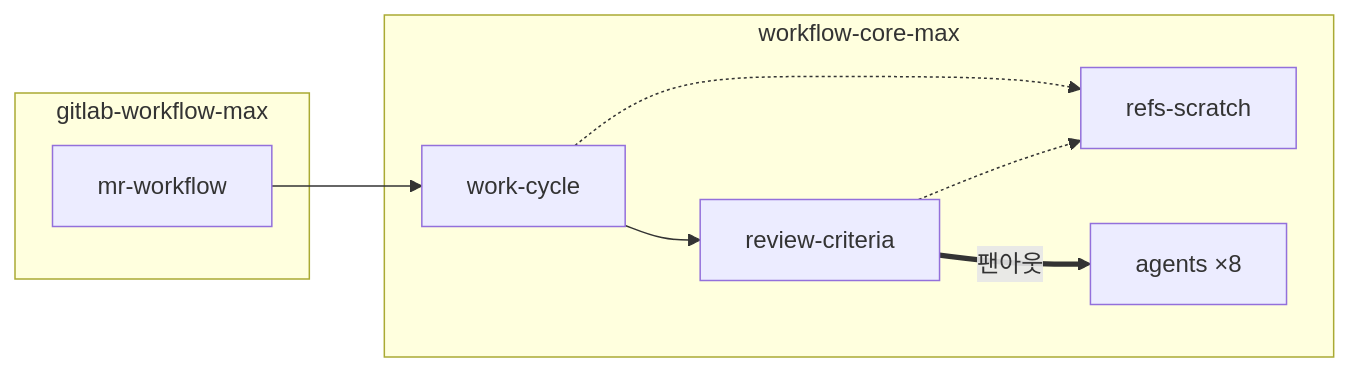
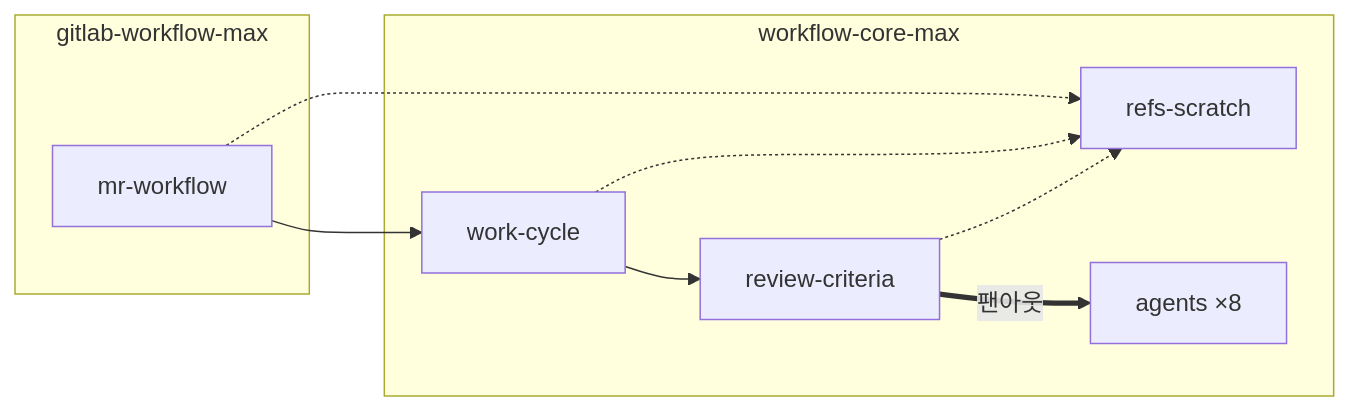
Before and after one commit to nil-park/claude-workflow-kit: the second of 2 diagrams in docs/architecture/skill-references.md, drawn with Mermaid. The commit also changed other lines of this file and 1 other file, not shown here.

````diff
--- a/docs/architecture/skill-references.md
+++ b/docs/architecture/skill-references.md
@@ -60,18 +60,19 @@
 ```mermaid
 flowchart LR
   subgraph glm["gitlab-workflow-max"]
     mrm["mr-workflow"]
   end
   subgraph wcm["workflow-core-max"]
     wc["work-cycle"]
     rcm["review-criteria"]
     rsm["refs-scratch"]
     ag["agents ×8"]
   end
 
   mrm --> wc
   wc --> rcm
   rcm ==팬아웃==> ag
+  mrm -.-> rsm
   wc -.-> rsm
   rcm -.-> rsm
 ```
````
